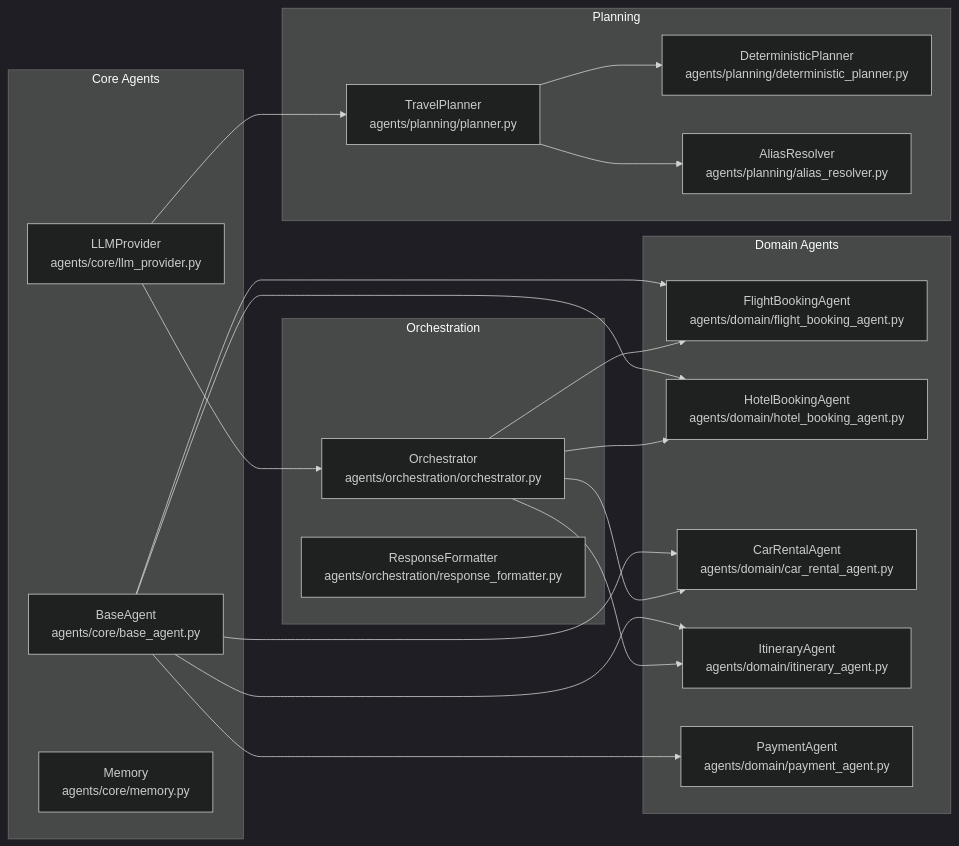
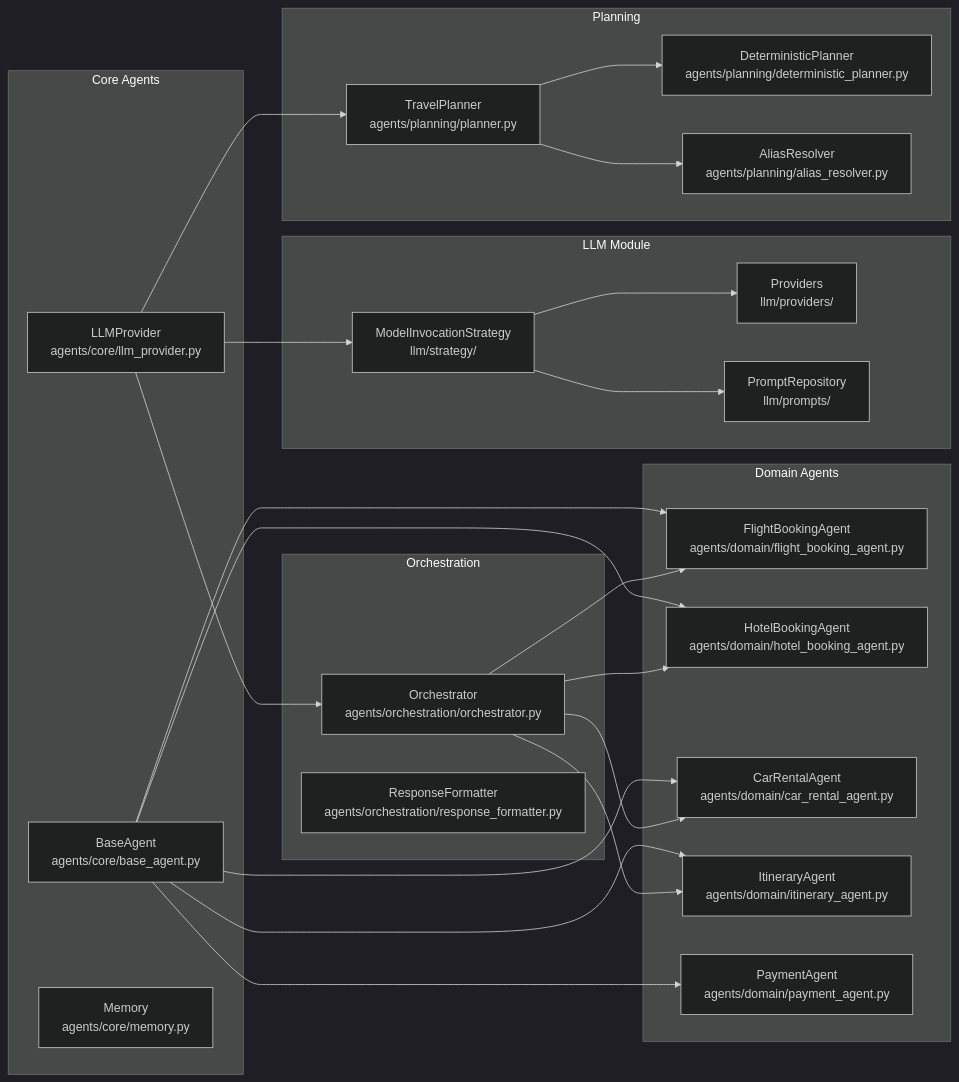
The fourth of 8 diagrams in README.md (udayakiranss/TravelAgent), drawn with Mermaid (dark theme) before and after one commit. The commit also changed other lines of this file and 44 other files, not shown here.

````diff
--- a/README.md
+++ b/README.md
@@ -255,41 +277,50 @@
 ```mermaid
 graph LR
+    subgraph "LLM Module"
+        STRAT[ModelInvocationStrategy<br/>llm/strategy/]
+        PROV[Providers<br/>llm/providers/]
+        PROMPT[PromptRepository<br/>llm/prompts/]
+    end
+    
     subgraph "Core Agents"
         BASE[BaseAgent<br/>agents/core/base_agent.py]
         LLM[LLMProvider<br/>agents/core/llm_provider.py]
         MEM[Memory<br/>agents/core/memory.py]
     end
     
     subgraph "Domain Agents"
         FLIGHT[FlightBookingAgent<br/>agents/domain/flight_booking_agent.py]
         HOTEL[HotelBookingAgent<br/>agents/domain/hotel_booking_agent.py]
         CAR[CarRentalAgent<br/>agents/domain/car_rental_agent.py]
         ITIN[ItineraryAgent<br/>agents/domain/itinerary_agent.py]
         PAY[PaymentAgent<br/>agents/domain/payment_agent.py]
     end
     
     subgraph "Orchestration"
         ORCH[Orchestrator<br/>agents/orchestration/orchestrator.py]
         RESP[ResponseFormatter<br/>agents/orchestration/response_formatter.py]
     end
     
     subgraph "Planning"
         PLAN[TravelPlanner<br/>agents/planning/planner.py]
         DET[DeterministicPlanner<br/>agents/planning/deterministic_planner.py]
         ALIAS[AliasResolver<br/>agents/planning/alias_resolver.py]
     end
     
     BASE --> FLIGHT
     BASE --> HOTEL
     BASE --> CAR
     BASE --> ITIN
     BASE --> PAY
+    LLM --> STRAT
+    STRAT --> PROV
+    STRAT --> PROMPT
     LLM --> ORCH
     LLM --> PLAN
     ORCH --> FLIGHT
     ORCH --> HOTEL
     ORCH --> CAR
     ORCH --> ITIN
     PLAN --> DET
     PLAN --> ALIAS
 ```
````
